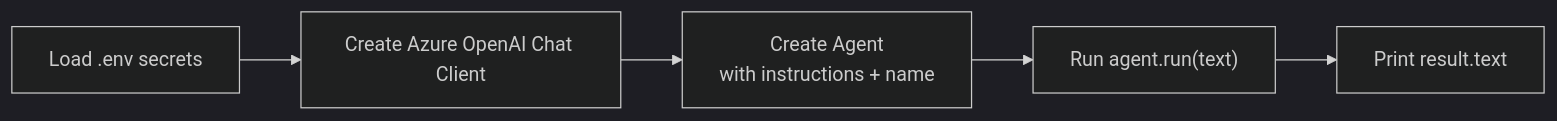
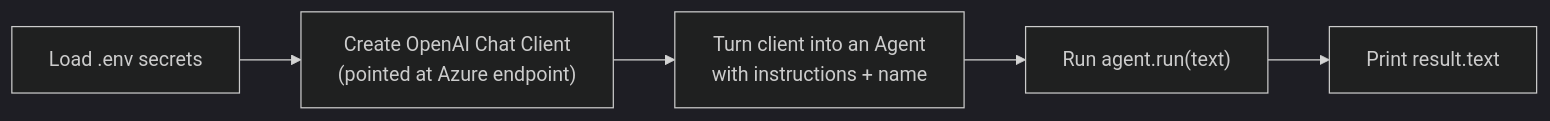
One commit to irshadvaza/irshadvaza.tech changed the diagram in learning-guides/azure-ai-agent-framework/04-example-1-your-first-agent.md. Above: the diagram before and after it, drawn with Mermaid (dark theme). The commit also changed other lines of this file, not shown here.

````diff
--- a/learning-guides/azure-ai-agent-framework/04-example-1-your-first-agent.md
+++ b/learning-guides/azure-ai-agent-framework/04-example-1-your-first-agent.md
@@ -7,7 +9,7 @@
 ```mermaid
 flowchart LR
-    A["Load .env secrets"] --> B["Create Azure OpenAI Chat Client"]
-    B --> C["Create Agent<br/>with instructions + name"]
+    A["Load .env secrets"] --> B["Create OpenAI Chat Client<br/>(pointed at Azure endpoint)"]
+    B --> C["Turn client into an Agent<br/>with instructions + name"]
     C --> D["Run agent.run(text)"]
     D --> E["Print result.text"]
 ```
````
